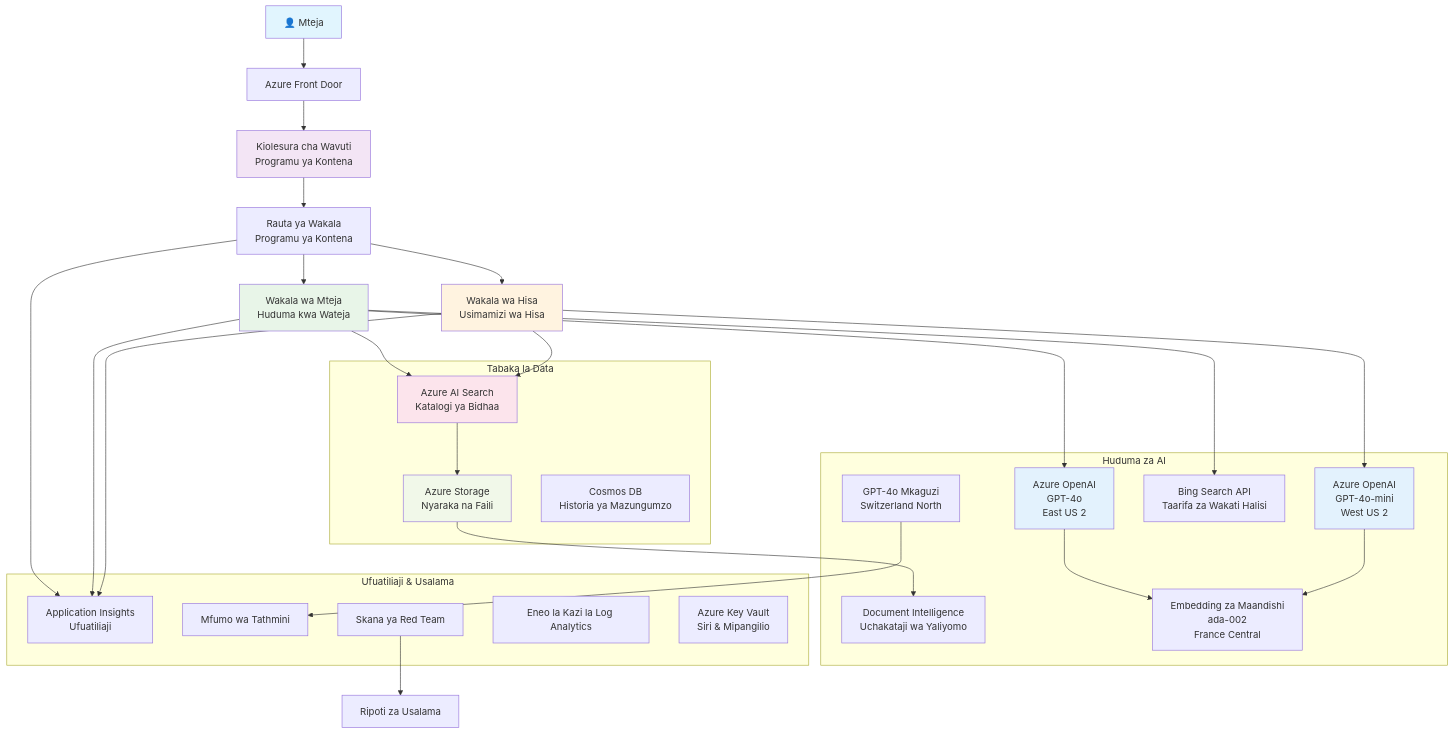
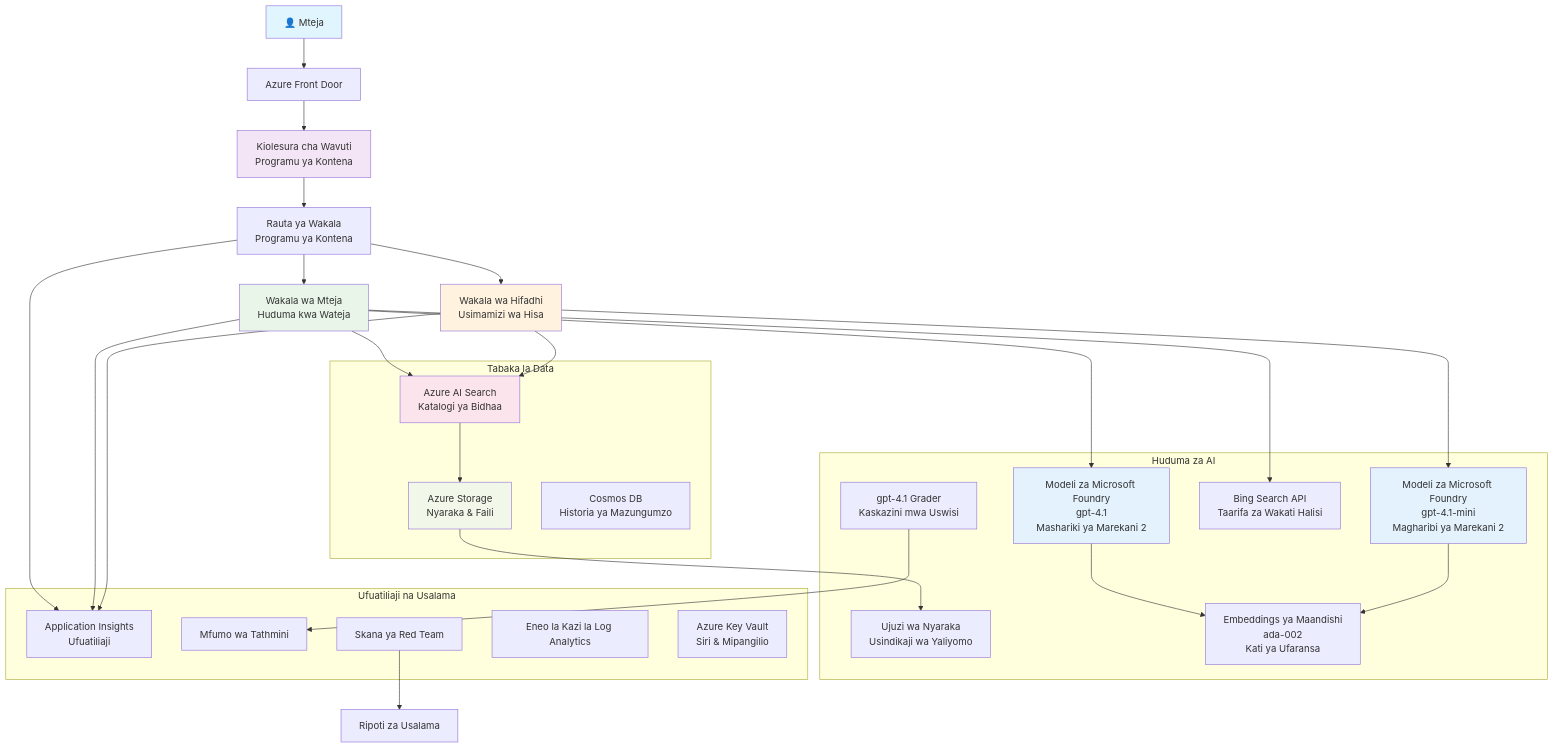
The diagram in translations/sw/examples/retail-scenario.md (microsoft/AZD-for-beginners), drawn with Mermaid before and after one commit. The commit also changed other lines of this file and 101 other files, not shown here.

````diff
--- a/translations/sw/examples/retail-scenario.md
+++ b/translations/sw/examples/retail-scenario.md
@@ -139,61 +139,61 @@
 ```mermaid
 graph TB
     User[👤 Mteja] --> LB[Azure Front Door]
     LB --> WebApp[Kiolesura cha Wavuti<br/>Programu ya Kontena]
     
     WebApp --> Router[Rauta ya Wakala<br/>Programu ya Kontena]
     Router --> CustomerAgent[Wakala wa Mteja<br/>Huduma kwa Wateja]
-    Router --> InvAgent[Wakala wa Hisa<br/>Usimamizi wa Hisa]
+    Router --> InvAgent[Wakala wa Hifadhi<br/>Usimamizi wa Hisa]
     
-    CustomerAgent --> OpenAI1[Azure OpenAI<br/>GPT-4o<br/>East US 2]
-    InvAgent --> OpenAI2[Azure OpenAI<br/>GPT-4o-mini<br/>West US 2]
+    CustomerAgent --> OpenAI1[Modeli za Microsoft Foundry<br/>gpt-4.1<br/>Mashariki ya Marekani 2]
+    InvAgent --> OpenAI2[Modeli za Microsoft Foundry<br/>gpt-4.1-mini<br/>Magharibi ya Marekani 2]
     
     CustomerAgent --> AISearch[Azure AI Search<br/>Katalogi ya Bidhaa]
     CustomerAgent --> BingSearch[Bing Search API<br/>Taarifa za Wakati Halisi]
     InvAgent --> AISearch
     
-    AISearch --> Storage[Azure Storage<br/>Nyaraka na Faili]
-    Storage --> DocIntel[Document Intelligence<br/>Uchakataji wa Yaliyomo]
+    AISearch --> Storage[Azure Storage<br/>Nyaraka & Faili]
+    Storage --> DocIntel[Ujuzi wa Nyaraka<br/>Usindikaji wa Yaliyomo]
     
-    OpenAI1 --> Embeddings[Embedding za Maandishi<br/>ada-002<br/>France Central]
+    OpenAI1 --> Embeddings[Embeddings ya Maandishi<br/>ada-002<br/>Kati ya Ufaransa]
     OpenAI2 --> Embeddings
     
     Router --> AppInsights[Application Insights<br/>Ufuatiliaji]
     CustomerAgent --> AppInsights
     InvAgent --> AppInsights
     
-    GraderModel[GPT-4o Mkaguzi<br/>Switzerland North] --> Evaluation[Mfumo wa Tathmini]
+    GraderModel[gpt-4.1 Grader<br/>Kaskazini mwa Uswisi] --> Evaluation[Mfumo wa Tathmini]
     RedTeam[Skana ya Red Team] --> SecurityReports[Ripoti za Usalama]
     
     subgraph "Tabaka la Data"
         Storage
         AISearch
         CosmosDB[Cosmos DB<br/>Historia ya Mazungumzo]
     end
     
     subgraph "Huduma za AI"
         OpenAI1
         OpenAI2
         Embeddings
         GraderModel
         DocIntel
         BingSearch
     end
     
-    subgraph "Ufuatiliaji & Usalama"
+    subgraph "Ufuatiliaji na Usalama"
         AppInsights
         LogAnalytics[Eneo la Kazi la Log Analytics]
         KeyVault[Azure Key Vault<br/>Siri & Mipangilio]
         RedTeam
         Evaluation
     end
     
     style User fill:#e1f5fe
     style WebApp fill:#f3e5f5
     style CustomerAgent fill:#e8f5e8
     style InvAgent fill:#fff3e0
     style OpenAI1 fill:#e3f2fd
     style OpenAI2 fill:#e3f2fd
     style AISearch fill:#fce4ec
     style Storage fill:#f1f8e9
 ```
````
